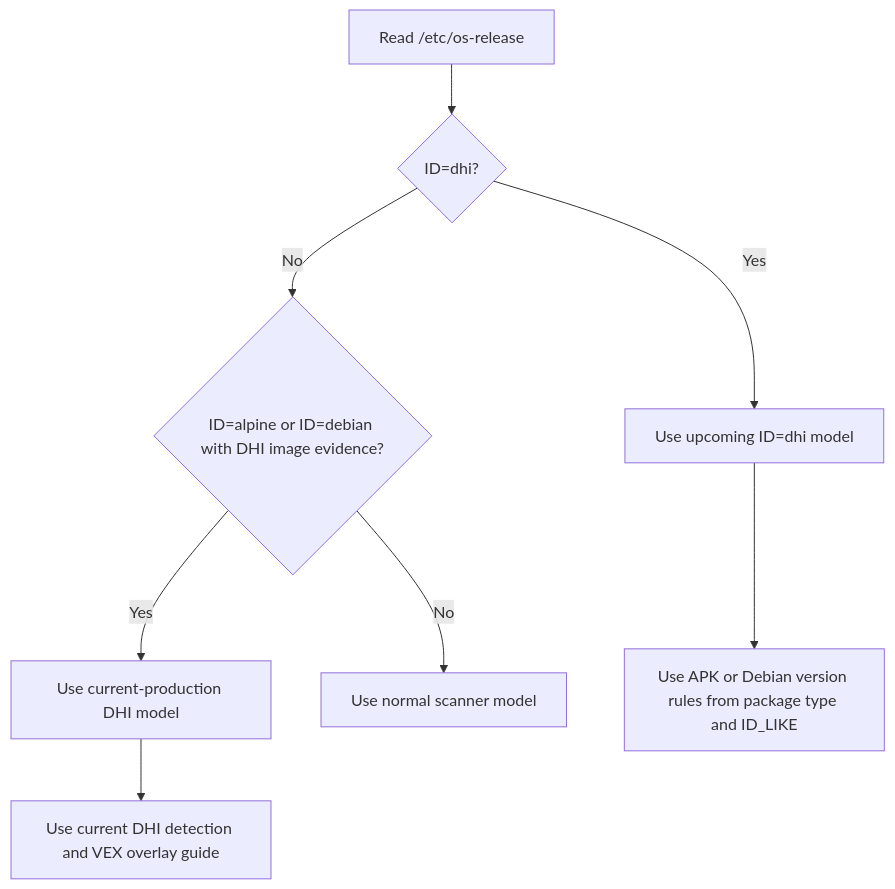
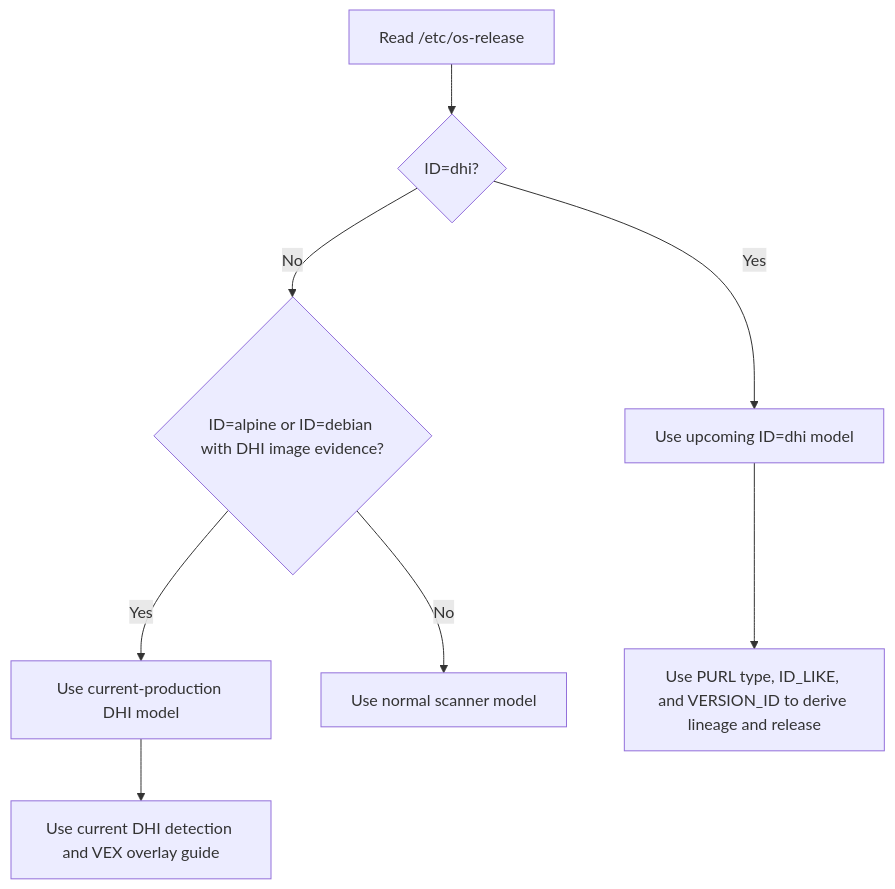
The first of 4 diagrams in integration/upcoming-id-dhi/docs/decision-trees.md (docker-hardened-images/advisories), drawn with Mermaid before and after one commit. The commit also changed other lines of this file and 10 other files, not shown here.

````diff
--- a/integration/upcoming-id-dhi/docs/decision-trees.md
+++ b/integration/upcoming-id-dhi/docs/decision-trees.md
@@ -5,10 +5,10 @@
 ```mermaid
 flowchart TD
   A[Read /etc/os-release] --> B{ID=dhi?}
   B -->|Yes| C[Use upcoming ID=dhi model]
   B -->|No| D{ID=alpine or ID=debian with DHI image evidence?}
   D -->|Yes| E[Use current-production DHI model]
   D -->|No| F[Use normal scanner model]
-  C --> G[Use APK or Debian version rules from package type and ID_LIKE]
+  C --> G[Use PURL type, ID_LIKE, and VERSION_ID to derive lineage and release]
   E --> H[Use current DHI detection and VEX overlay guide]
 ```
````
